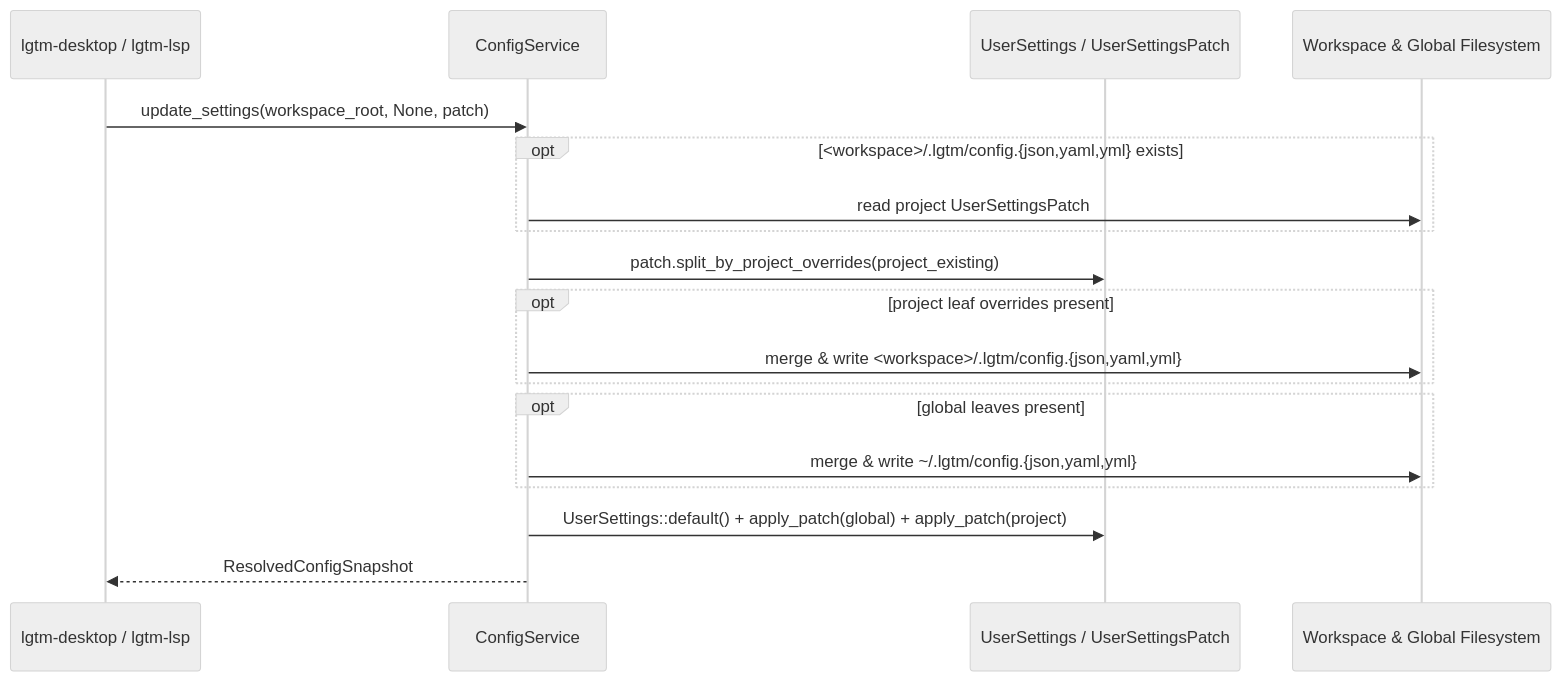
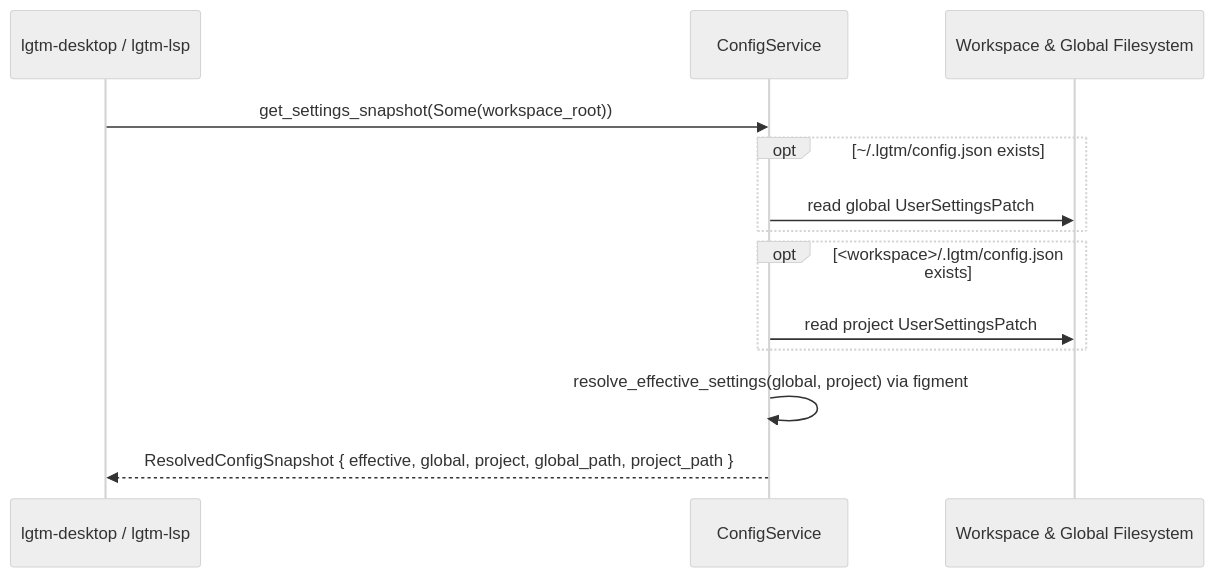
One commit to difflab-io/lgtm changed the second of 2 diagrams in docs/architecture/config/index.md. Above: the diagram before and after it, drawn with Mermaid (neutral theme). The commit also changed other lines of this file and 29 other files, not shown here.

Commit message:
refactor(config,desktop,web): drive preferences from config.json and unify AppState

````diff
--- a/docs/architecture/config/index.md
+++ b/docs/architecture/config/index.md
@@ -87,21 +78,16 @@
 ```mermaid
 sequenceDiagram
     participant Caller as lgtm-desktop / lgtm-lsp
     participant CfgSvc as ConfigService
-    participant Settings as UserSettings / UserSettingsPatch
     participant Disk as Workspace & Global Filesystem
 
-    Caller->>CfgSvc: update_settings(workspace_root, None, patch)
-    opt <workspace>/.lgtm/config.{json,yaml,yml} exists
+    Caller->>CfgSvc: get_settings_snapshot(Some(workspace_root))
+    opt ~/.lgtm/config.json exists
+        CfgSvc->>Disk: read global UserSettingsPatch
+    end
+    opt <workspace>/.lgtm/config.json exists
         CfgSvc->>Disk: read project UserSettingsPatch
     end
-    CfgSvc->>Settings: patch.split_by_project_overrides(project_existing)
-    opt project leaf overrides present
-        CfgSvc->>Disk: merge & write <workspace>/.lgtm/config.{json,yaml,yml}
-    end
-    opt global leaves present
-        CfgSvc->>Disk: merge & write ~/.lgtm/config.{json,yaml,yml}
-    end
-    CfgSvc->>Settings: UserSettings::default() + apply_patch(global) + apply_patch(project)
-    CfgSvc-->>Caller: ResolvedConfigSnapshot
+    CfgSvc->>CfgSvc: resolve_effective_settings(global, project) via figment
+    CfgSvc-->>Caller: ResolvedConfigSnapshot { effective, global, project, global_path, project_path }
 ```
````
